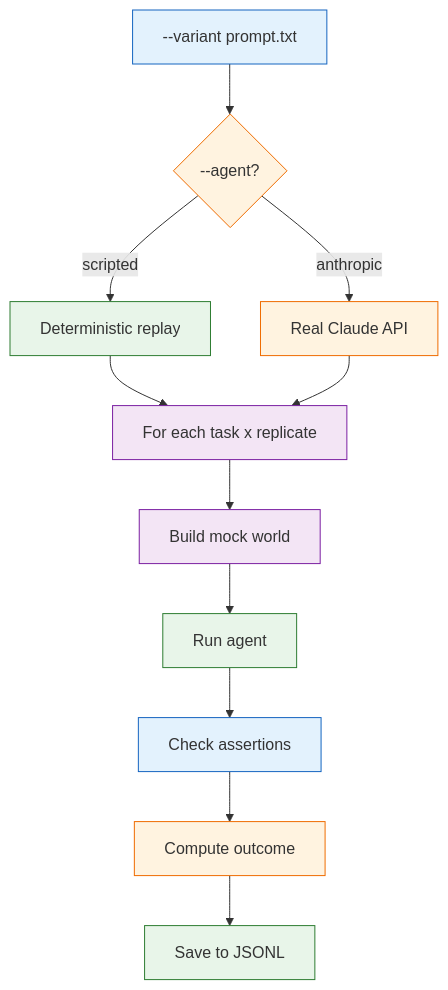
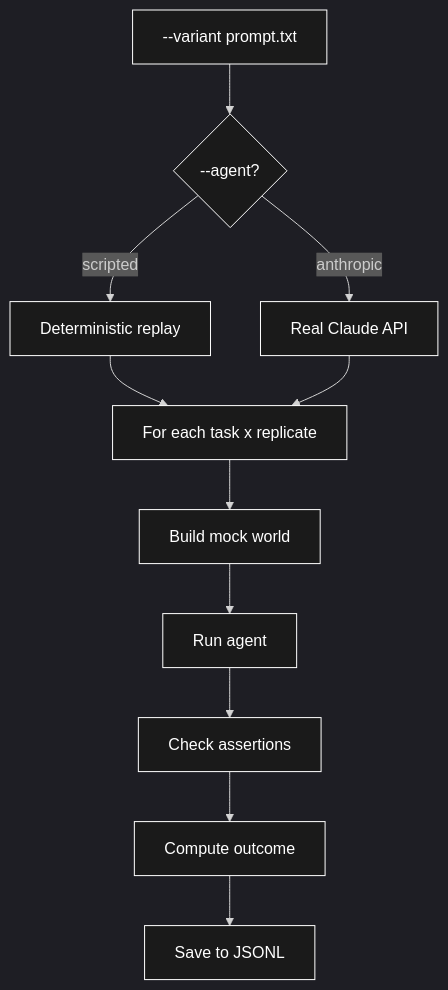
The second of 11 diagrams in README.md (Mehul-bisht-0/Driftbench--AI-regression-testing-harness), drawn with Mermaid before and after one commit. The commit also changed other lines of this file, not shown here.

````diff
--- a/README.md
+++ b/README.md
@@ -86,24 +87,25 @@
 ```mermaid
+%%{init: {"theme": "dark"}}%%
 flowchart TD
     A["--variant prompt.txt"] --> B{"--agent?"}
     B -->|"scripted"| C["Deterministic replay"]
     B -->|"anthropic"| D["Real Claude API"]
     C --> E["For each task x replicate"]
     D --> E
     E --> F["Build mock world"]
     F --> G["Run agent"]
     G --> H["Check assertions"]
     H --> I["Compute outcome"]
     I --> J["Save to JSONL"]
 
-    style A fill:#e3f2fd,stroke:#1565c0
-    style B fill:#fff3e0,stroke:#ef6c00
-    style C fill:#e8f5e9,stroke:#2e7d32
-    style D fill:#fff3e0,stroke:#ef6c00
-    style E fill:#f3e5f5,stroke:#7b1fa2
-    style F fill:#f3e5f5,stroke:#7b1fa2
-    style G fill:#e8f5e9,stroke:#2e7d32
-    style H fill:#e3f2fd,stroke:#1565c0
-    style I fill:#fff3e0,stroke:#ef6c00
-    style J fill:#e8f5e9,stroke:#2e7d32
+    style A fill:#1a1a1a,stroke:#ffffff,color:#ffffff
+    style B fill:#1a1a1a,stroke:#ffffff,color:#ffffff
+    style C fill:#1a1a1a,stroke:#ffffff,color:#ffffff
+    style D fill:#1a1a1a,stroke:#ffffff,color:#ffffff
+    style E fill:#1a1a1a,stroke:#ffffff,color:#ffffff
+    style F fill:#1a1a1a,stroke:#ffffff,color:#ffffff
+    style G fill:#1a1a1a,stroke:#ffffff,color:#ffffff
+    style H fill:#1a1a1a,stroke:#ffffff,color:#ffffff
+    style I fill:#1a1a1a,stroke:#ffffff,color:#ffffff
+    style J fill:#1a1a1a,stroke:#ffffff,color:#ffffff
 ```
````
